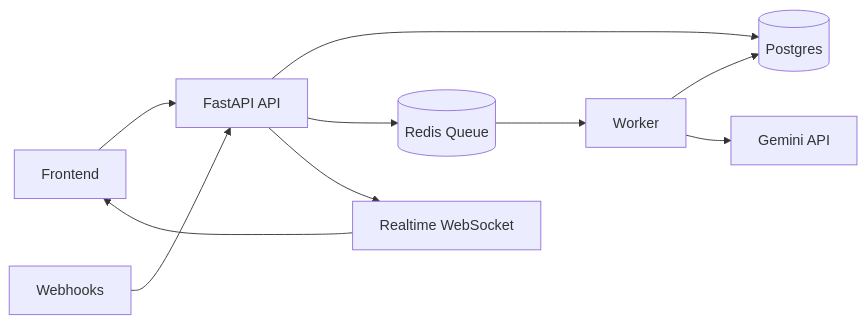
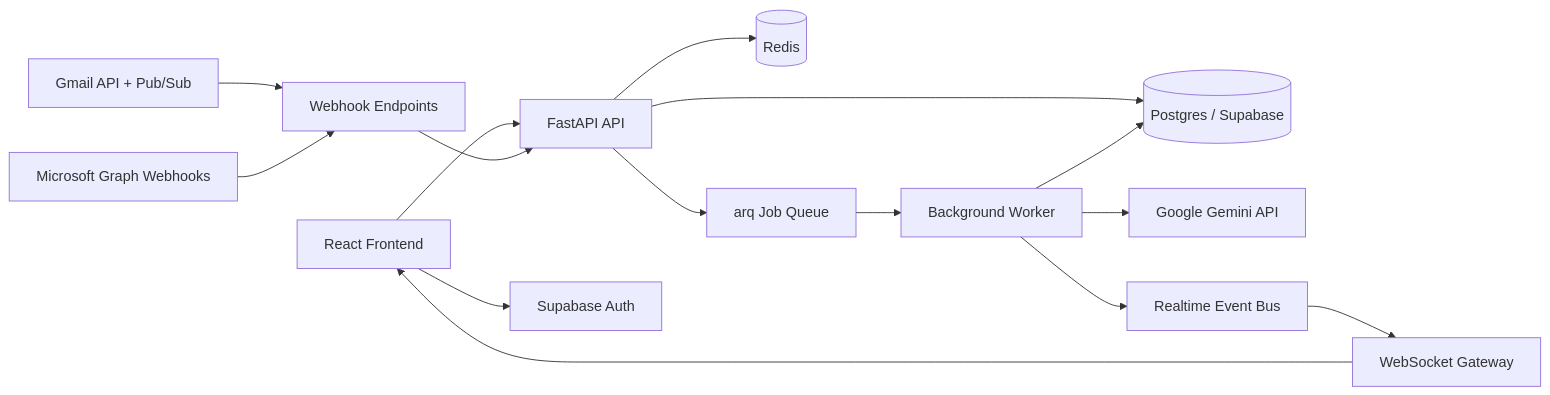
The diagram in README.md (ArinDixit06/Unisync), drawn with Mermaid before and after one commit. The commit also changed other lines of this file and 37 other files, not shown here.

````diff
--- a/README.md
+++ b/README.md
@@ -16,12 +86,17 @@
 ```mermaid
 flowchart LR
-  FE[Frontend] --> API[FastAPI API]
-  API --> DB[(Postgres)]
-  API --> REDIS[(Redis Queue)]
-  WEBHOOKS[Webhooks] --> API
-  REDIS --> WORKER[Worker]
-  WORKER --> DB
-  WORKER --> GEMINI[Gemini API]
-  API --> WS[Realtime WebSocket]
+  FE[React Frontend] --> API[FastAPI API]
+  FE --> SB[Supabase Auth]
+  API --> PG[(Postgres / Supabase)]
+  API --> REDIS[(Redis)]
+  GMAIL[Gmail API + Pub/Sub] --> WEBHOOKS[Webhook Endpoints]
+  OUTLOOK[Microsoft Graph Webhooks] --> WEBHOOKS
+  WEBHOOKS --> API
+  API --> QUEUE[arq Job Queue]
+  QUEUE --> WORKER[Background Worker]
+  WORKER --> GEMINI[Google Gemini API]
+  WORKER --> PG
+  WORKER --> BUS[Realtime Event Bus]
+  BUS --> WS[WebSocket Gateway]
   WS --> FE
 ```
````
